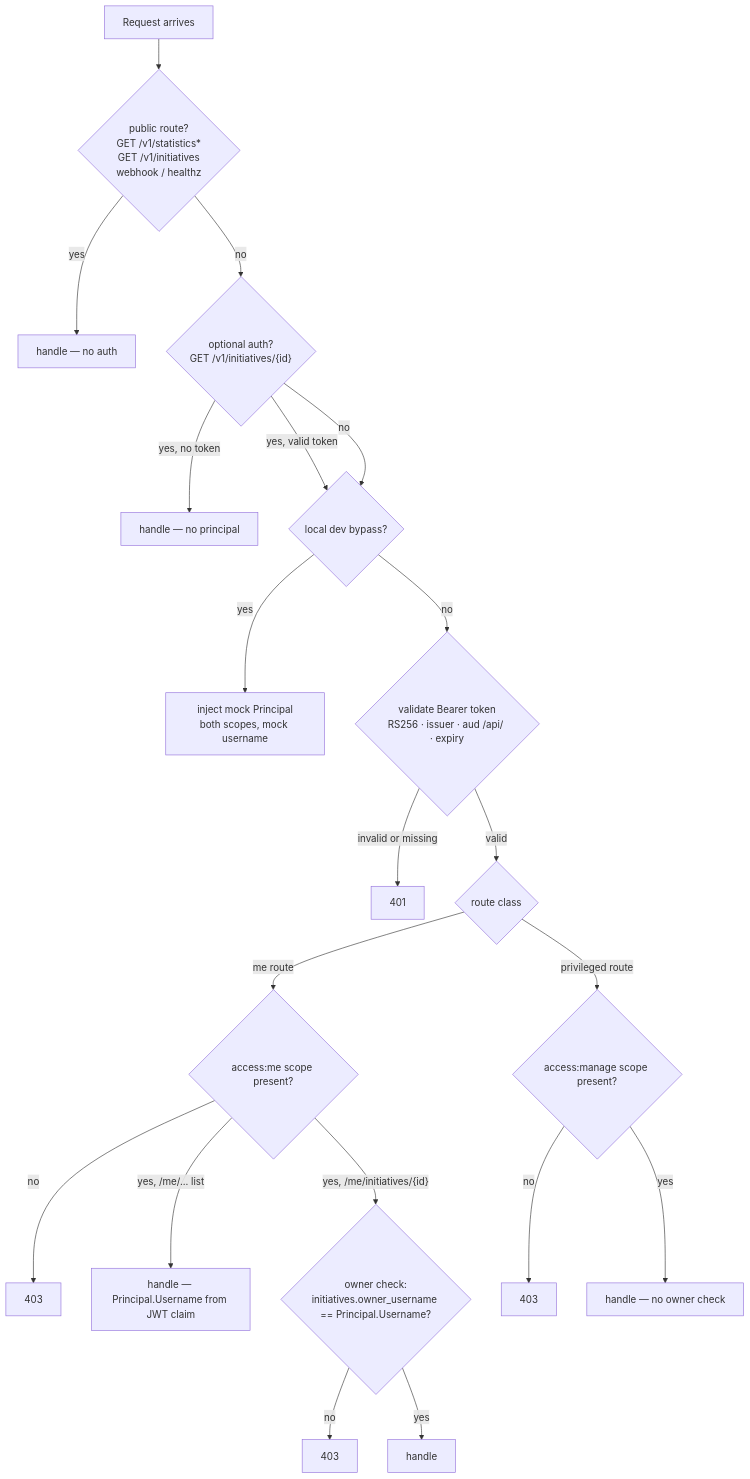
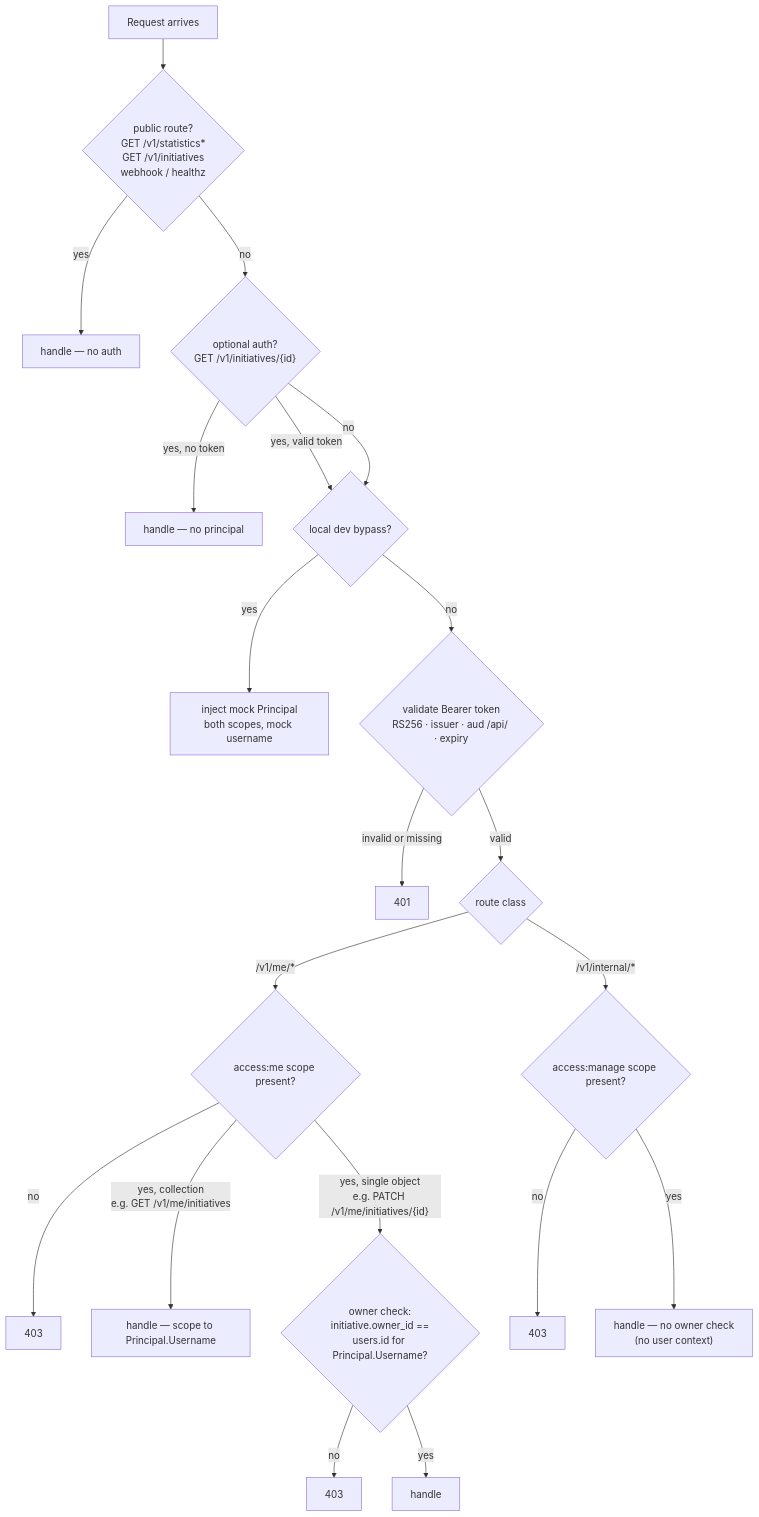
One commit to linuxfoundation/lfx-crowdfunding changed the eighth of 8 diagrams in backend/docs/rewrite/09-authentication-architecture.md. Above: the diagram before and after it, drawn with Mermaid. The commit also changed other lines of this file, not shown here.

First line of the commit message:
docs(auth): reframe as target design; correct route classification

````diff
--- a/backend/docs/rewrite/09-authentication-architecture.md
+++ b/backend/docs/rewrite/09-authentication-architecture.md
@@ -219,26 +286,26 @@
 ```mermaid
 flowchart TD
     A[Request arrives] --> B{"public route?<br/>GET /v1/statistics*<br/>GET /v1/initiatives<br/>webhook / healthz"}
     B -- yes --> PUB["handle — no auth"]
     B -- no --> C{"optional auth?<br/>GET /v1/initiatives/{id}"}
     C -- "yes, no token" --> OPT["handle — no principal"]
     C -- "yes, valid token" --> D
     C -- no --> D
 
     D{"local dev bypass?"}
     D -- yes --> E["inject mock Principal<br/>both scopes, mock username"]
     D -- no --> F{"validate Bearer token<br/>RS256 · issuer · aud /api/ · expiry"}
     F -- "invalid or missing" --> G[401]
     F -- valid --> H{"route class"}
 
-    H -- "me route" --> I{"access:me scope present?"}
+    H -- "/v1/me/*" --> I{"access:me scope present?"}
     I -- no --> J[403]
-    I -- "yes, /me/... list" --> K["handle — Principal.Username from JWT claim"]
-    I -- "yes, /me/initiatives/{id}" --> L{"owner check:<br/>initiatives.owner_username == Principal.Username?"}
+    I -- "yes, collection<br/>e.g. GET /v1/me/initiatives" --> K["handle — scope to Principal.Username"]
+    I -- "yes, single object<br/>e.g. PATCH /v1/me/initiatives/{id}" --> L{"owner check:<br/>initiative.owner_id ==<br/>users.id for Principal.Username?"}
     L -- no --> M[403]
     L -- yes --> N[handle]
 
-    H -- "privileged route" --> O{"access:manage scope present?"}
+    H -- "/v1/internal/*" --> O{"access:manage scope present?"}
     O -- no --> P[403]
-    O -- yes --> Q["handle — no owner check"]
+    O -- yes --> Q["handle — no owner check<br/>(no user context)"]
 ```
````
